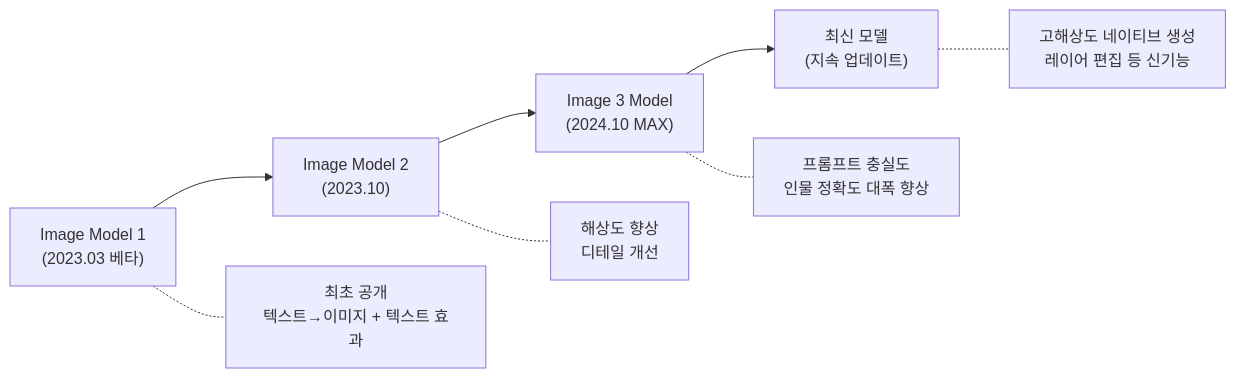
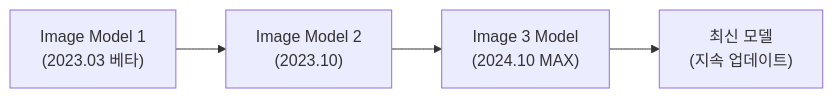
One commit to jsonpassion/forge-tutorial-promptcanvas changed the second of 3 diagrams in 09-ch9-adobe-photoshop-firefly-리터치-워크플로우/01-01-adobe-firefly-웹앱-핵심-기능.md. Above: the diagram before and after it, drawn with Mermaid. The commit also changed other lines of this file and 63 other files, not shown here.

````diff
--- a/09-ch9-adobe-photoshop-firefly-리터치-워크플로우/01-01-adobe-firefly-웹앱-핵심-기능.md
+++ b/09-ch9-adobe-photoshop-firefly-리터치-워크플로우/01-01-adobe-firefly-웹앱-핵심-기능.md
@@ -73,11 +37,6 @@
 ```mermaid
 flowchart LR
     M1["Image Model 1<br/>(2023.03 베타)"] --> M2["Image Model 2<br/>(2023.10)"]
     M2 --> M3["Image 3 Model<br/>(2024.10 MAX)"]
     M3 --> MN["최신 모델<br/>(지속 업데이트)"]
-
-    M1 -.- N0["최초 공개<br/>텍스트→이미지 + 텍스트 효과"]
-    M2 -.- N1["해상도 향상<br/>디테일 개선"]
-    M3 -.- N2["프롬프트 충실도<br/>인물 정확도 대폭 향상"]
-    MN -.- N3["고해상도 네이티브 생성<br/>레이어 편집 등 신기능"]
 ```
````
